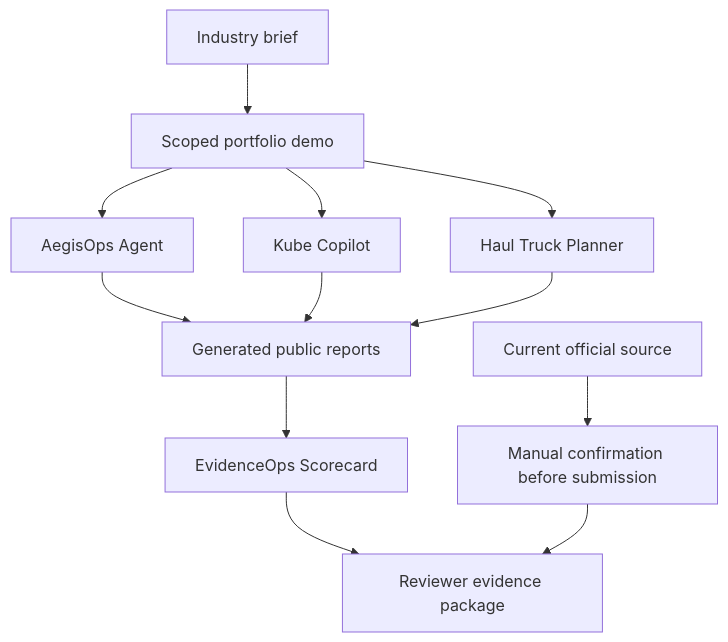
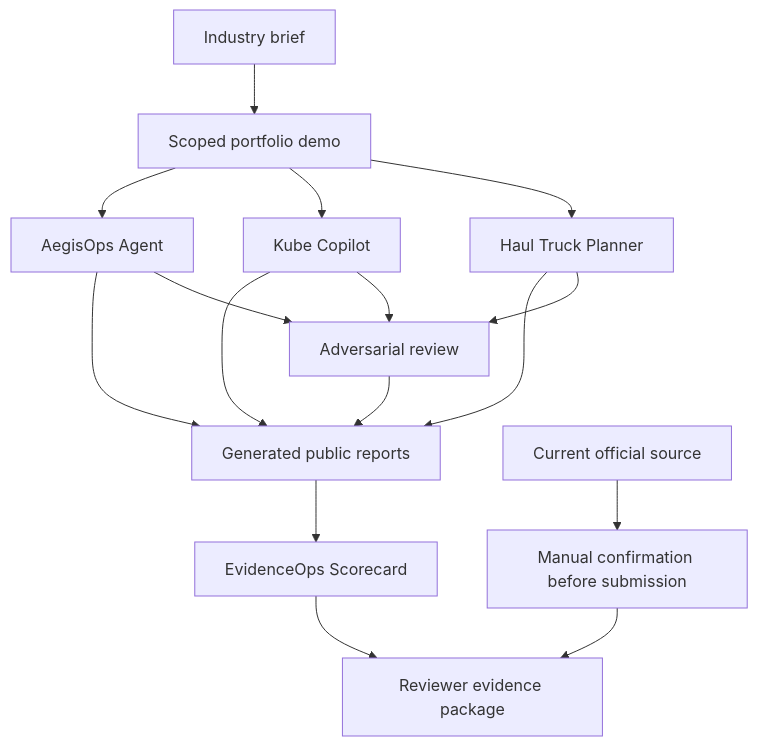
One commit to hanzhengyu202305-arch/esips-portfolio-demos changed the first of 2 diagrams in docs/ARCHITECTURE.md. Above: the diagram before and after it, drawn with Mermaid. The commit also changed other lines of this file and 146 other files, not shown here.

````diff
--- a/docs/ARCHITECTURE.md
+++ b/docs/ARCHITECTURE.md
@@ -11,14 +11,18 @@
 ```mermaid
 flowchart TD
   Brief["Industry brief"] --> Scope["Scoped portfolio demo"]
   Scope --> Aegis["AegisOps Agent"]
   Scope --> Kube["Kube Copilot"]
   Scope --> Haul["Haul Truck Planner"]
   Aegis --> Reports["Generated public reports"]
   Kube --> Reports
   Haul --> Reports
+  Aegis --> Attack["Adversarial review"]
+  Kube --> Attack
+  Haul --> Attack
+  Attack --> Reports
   Reports --> Evidence["EvidenceOps Scorecard"]
   Evidence --> Reviewer["Reviewer evidence package"]
   Current["Current official source"] --> Manual["Manual confirmation before submission"]
   Manual --> Reviewer
 ```
````
